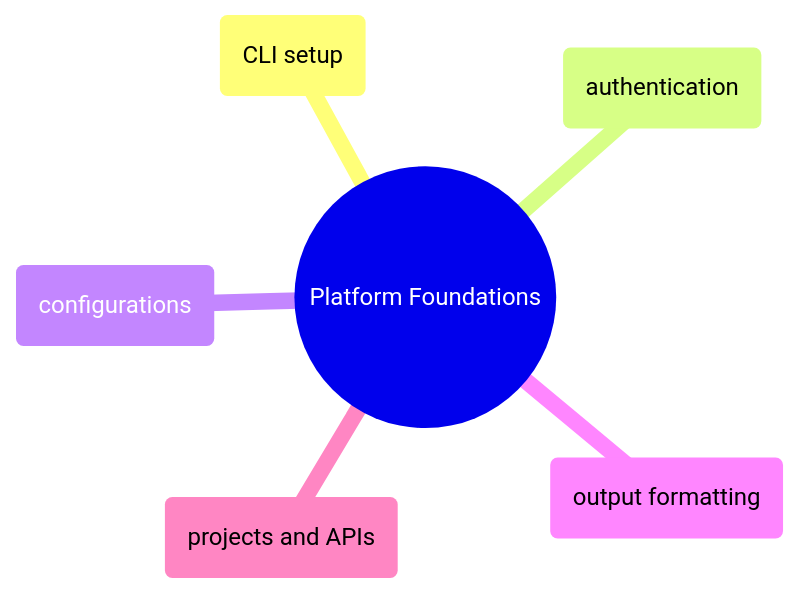
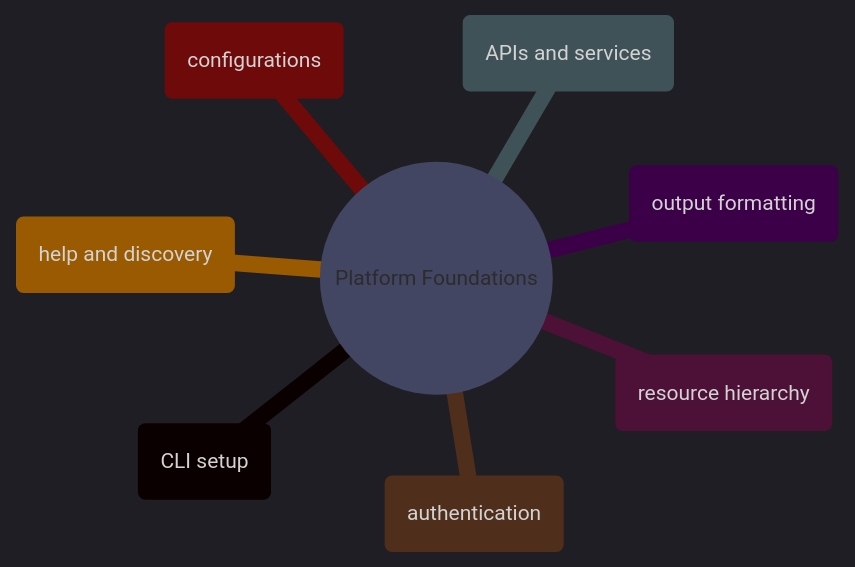
The diagram in content/06-GCP/Domains/domain-platform-foundations.md (alp78/elysium), drawn with Mermaid before and after one commit. The commit also changed other lines of this file and 493 other files, not shown here.

````diff
--- a/content/06-GCP/Domains/domain-platform-foundations.md
+++ b/content/06-GCP/Domains/domain-platform-foundations.md
@@ -12,9 +12,23 @@
 ```mermaid
+%%{init: {'theme': 'dark', 'themeVariables': {
+  'primaryColor': '#292e42',
+  'primaryTextColor': '#c0caf5',
+  'primaryBorderColor': '#565f89',
+  'lineColor': '#565f89',
+  'secondaryColor': '#1a1b26',
+  'tertiaryColor': '#24283b',
+  'noteTextColor': '#c0caf5',
+  'noteBkgColor': '#292e42',
+  'textColor': '#c0caf5',
+  'fontSize': '14px'
+}}}%%
 mindmap
   ((Platform Foundations))
     (CLI setup)
+    (resource hierarchy)
+    (APIs and services)
     (authentication)
     (configurations)
     (output formatting)
-    (projects and APIs)
+    (help and discovery)
 ```
````
